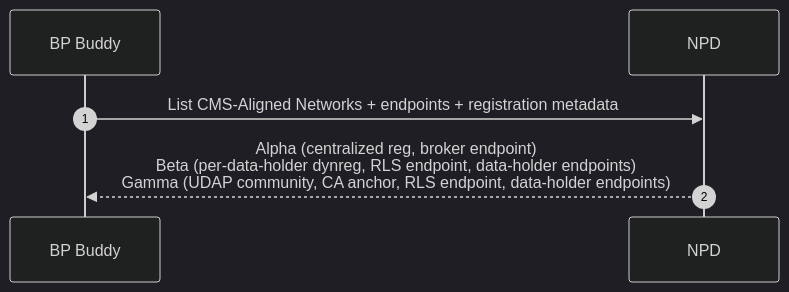
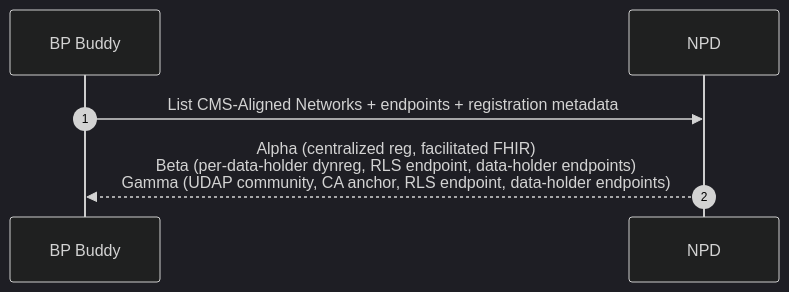
The second of 9 diagrams in app-connectivity-flows.md (jmandel/cms-ns), drawn with Mermaid (dark theme) before and after one commit. The commit also changed other lines of this file, not shown here.

First line of the commit message:
4a is facilitated FHIR; token requests use Blue Button cms_smart shape; trim Phase 5

````diff
--- a/app-connectivity-flows.md
+++ b/app-connectivity-flows.md
@@ -65,9 +66,9 @@
 ```mermaid
 sequenceDiagram
     autonumber
     participant App as BP Buddy
     participant NPD as NPD
 
     App->>NPD: List CMS-Aligned Networks + endpoints + registration metadata
-    NPD-->>App: Alpha (centralized reg, broker endpoint)<br/>Beta (per-data-holder dynreg, RLS endpoint, data-holder endpoints)<br/>Gamma (UDAP community, CA anchor, RLS endpoint, data-holder endpoints)
+    NPD-->>App: Alpha (centralized reg, facilitated FHIR)<br/>Beta (per-data-holder dynreg, RLS endpoint, data-holder endpoints)<br/>Gamma (UDAP community, CA anchor, RLS endpoint, data-holder endpoints)
 ```
````
